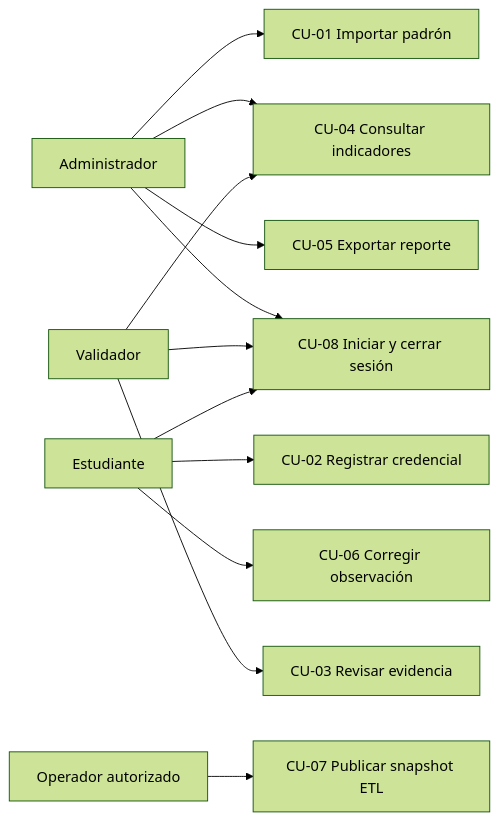
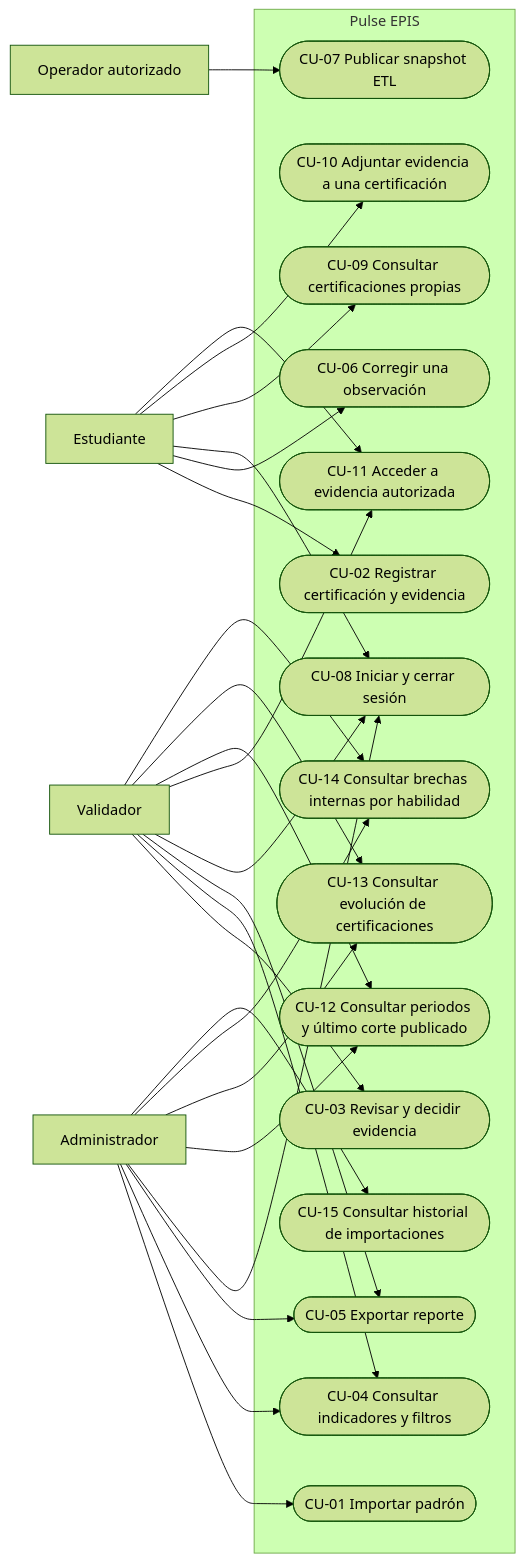
The fifth of 5 diagrams in docs/academico/FD03-Especificacion-Requerimientos.md (Kiara1616/pulse-epis), drawn with Mermaid (forest theme) before and after one commit. The commit also changed other lines of this file and 61 other files, not shown here.

Commit message:
docs: completar 15 casos de uso y diagramas del FD03

````diff
--- a/docs/academico/FD03-Especificacion-Requerimientos.md
+++ b/docs/academico/FD03-Especificacion-Requerimientos.md
@@ -285,14 +288,47 @@
 ```mermaid
 flowchart LR
-    ADMIN[Administrador] --> CU1[CU-01 Importar padrón]
-    STUDENT[Estudiante] --> CU2[CU-02 Registrar credencial]
-    STUDENT --> CU6[CU-06 Corregir observación]
-    VALIDATOR[Validador] --> CU3[CU-03 Revisar evidencia]
-    ADMIN --> CU4[CU-04 Consultar indicadores]
-    VALIDATOR --> CU4
-    ADMIN --> CU5[CU-05 Exportar reporte]
-    OPERADOR[Operador autorizado] --> CU7[CU-07 Publicar snapshot ETL]
-    ADMIN --> CU8[CU-08 Iniciar y cerrar sesión]
-    VALIDATOR --> CU8
-    STUDENT --> CU8
+    A[Administrador]
+    E[Estudiante]
+    V[Validador]
+    O[Operador autorizado]
+    subgraph SISTEMA[Pulse EPIS]
+    C01(["CU-01 Importar padrón"])
+    C02(["CU-02 Registrar certificación y evidencia"])
+    C03(["CU-03 Revisar y decidir evidencia"])
+    C04(["CU-04 Consultar indicadores y filtros"])
+    C05(["CU-05 Exportar reporte"])
+    C06(["CU-06 Corregir una observación"])
+    C07(["CU-07 Publicar snapshot ETL"])
+    C08(["CU-08 Iniciar y cerrar sesión"])
+    C09(["CU-09 Consultar certificaciones propias"])
+    C10(["CU-10 Adjuntar evidencia a una certificación"])
+    C11(["CU-11 Acceder a evidencia autorizada"])
+    C12(["CU-12 Consultar periodos y último corte publicado"])
+    C13(["CU-13 Consultar evolución de certificaciones"])
+    C14(["CU-14 Consultar brechas internas por habilidad"])
+    C15(["CU-15 Consultar historial de importaciones"])
+    end
+    A --> C01
+    E --> C02
+    V --> C03
+    A --> C04
+    V --> C04
+    A --> C05
+    V --> C05
+    E --> C06
+    O --> C07
+    A --> C08
+    E --> C08
+    V --> C08
+    E --> C09
+    E --> C10
+    E --> C11
+    V --> C11
+    A --> C12
+    V --> C12
+    A --> C13
+    V --> C13
+    A --> C14
+    V --> C14
+    A --> C15
 ```
````
